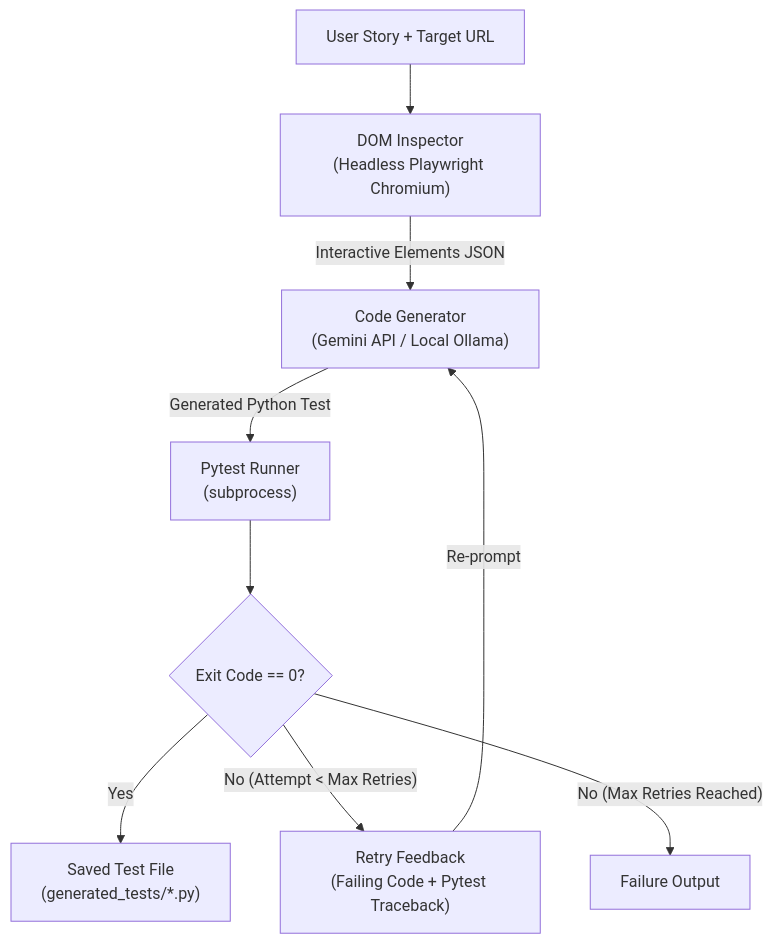
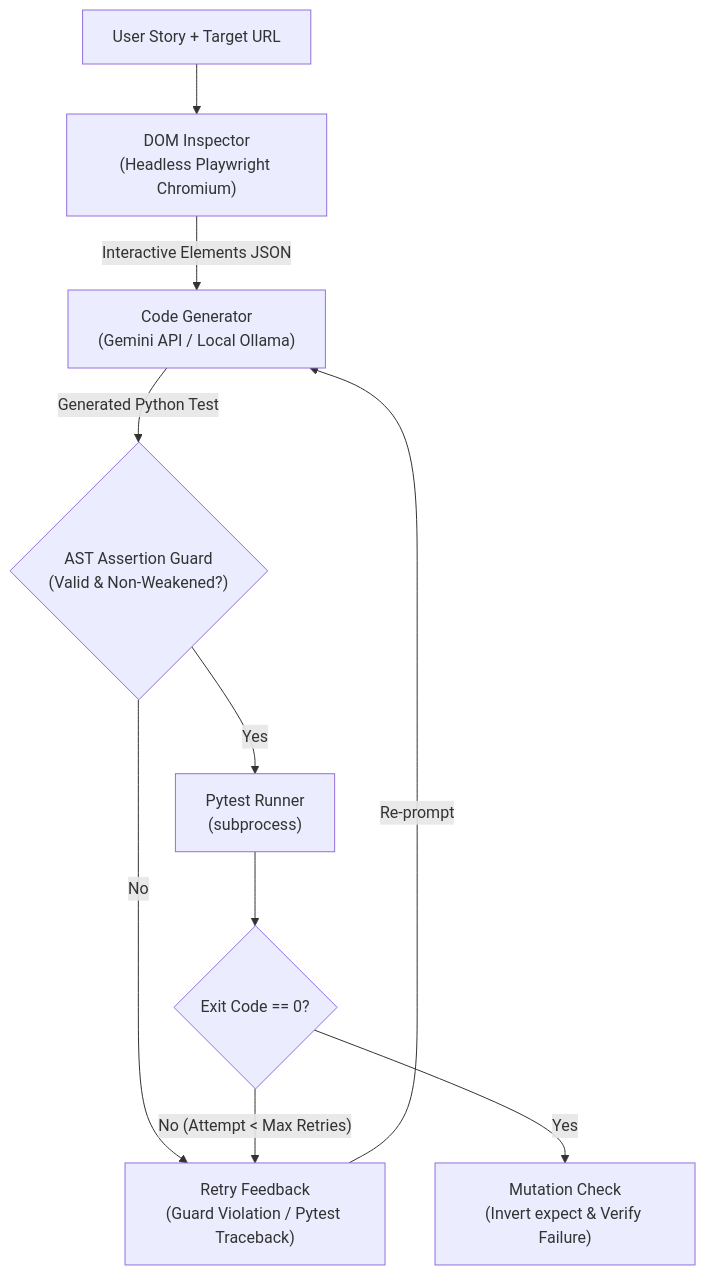
One commit to anishassoun/autonomous-playwright-agent changed the diagram in README.md. Above: the diagram before and after it, drawn with Mermaid. The commit also changed other lines of this file and 10 other files, not shown here.

````diff
--- a/README.md
+++ b/README.md
@@ -30,11 +109,12 @@
 ```mermaid
 flowchart TD
     A["User Story + Target URL"] --> B["DOM Inspector<br/>(Headless Playwright Chromium)"]
     B -->|"Interactive Elements JSON"| C["Code Generator<br/>(Gemini API / Local Ollama)"]
-    C -->|"Generated Python Test"| D["Pytest Runner<br/>(subprocess)"]
-    D --> E{"Exit Code == 0?"}
-    E -->|"Yes"| F["Saved Test File<br/>(generated_tests/*.py)"]
-    E -->|"No (Attempt < Max Retries)"| G["Retry Feedback<br/>(Failing Code + Pytest Traceback)"]
+    C -->|"Generated Python Test"| D{"AST Assertion Guard<br/>(Valid & Non-Weakened?)"}
+    D -->|"No"| G["Retry Feedback<br/>(Guard Violation / Pytest Traceback)"]
+    D -->|"Yes"| E["Pytest Runner<br/>(subprocess)"]
+    E --> F{"Exit Code == 0?"}
+    F -->|"Yes"| H["Mutation Check<br/>(Invert expect & Verify Failure)"]
+    F -->|"No (Attempt < Max Retries)"| G
     G -->|"Re-prompt"| C
-    E -->|"No (Max Retries Reached)"| H["Failure Output"]
 ```
````
